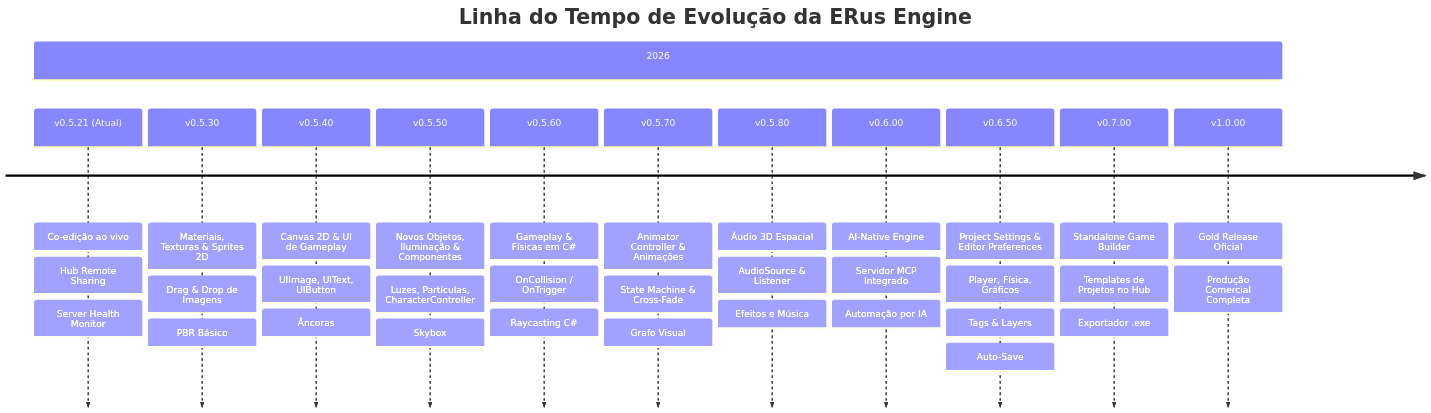
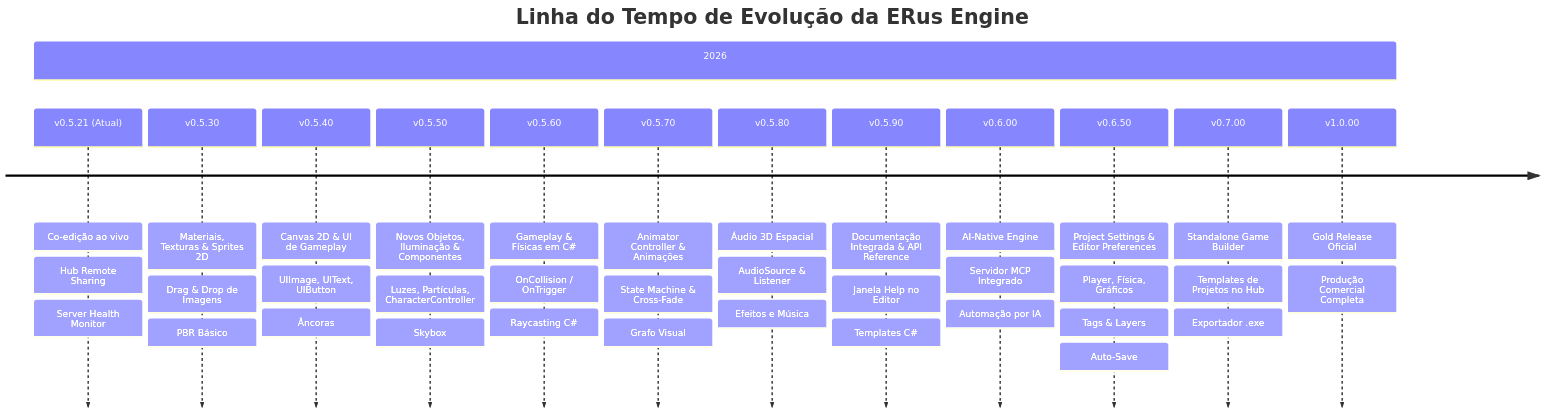
Before and after one commit to LatadosUnited/ERus: the diagram in docs/ROADMAP.md, drawn with Mermaid. The commit also changed other lines of this file, not shown here.

Commit message:
docs: adiciona versao v0.5.90 para Documentacao Integrada, API Reference e Templates C# ao Roadmap

````diff
--- a/docs/ROADMAP.md
+++ b/docs/ROADMAP.md
@@ -7,16 +7,17 @@
 ```mermaid
 timeline
     title Linha do Tempo de Evolução da ERus Engine
     section 2026
         v0.5.21 (Atual) : Co-edição ao vivo : Hub Remote Sharing : Server Health Monitor
         v0.5.30 : Materiais, Texturas & Sprites 2D : Drag & Drop de Imagens : PBR Básico
         v0.5.40 : Canvas 2D & UI de Gameplay : UIImage, UIText, UIButton : Âncoras
         v0.5.50 : Novos Objetos, Iluminação & Componentes : Luzes, Partículas, CharacterController : Skybox
         v0.5.60 : Gameplay & Físicas em C# : OnCollision / OnTrigger : Raycasting C#
         v0.5.70 : Animator Controller & Animações : State Machine & Cross-Fade : Grafo Visual
         v0.5.80 : Áudio 3D Espacial : AudioSource & Listener : Efeitos e Música
+        v0.5.90 : Documentação Integrada & API Reference : Janela Help no Editor : Templates C#
         v0.6.00 : AI-Native Engine : Servidor MCP Integrado : Automação por IA
         v0.6.50 : Project Settings & Editor Preferences : Player, Física, Gráficos : Tags & Layers : Auto-Save
         v0.7.00 : Standalone Game Builder : Templates de Projetos no Hub : Exportador .exe
         v1.0.00 : Gold Release Oficial : Produção Comercial Completa
 ```
````
